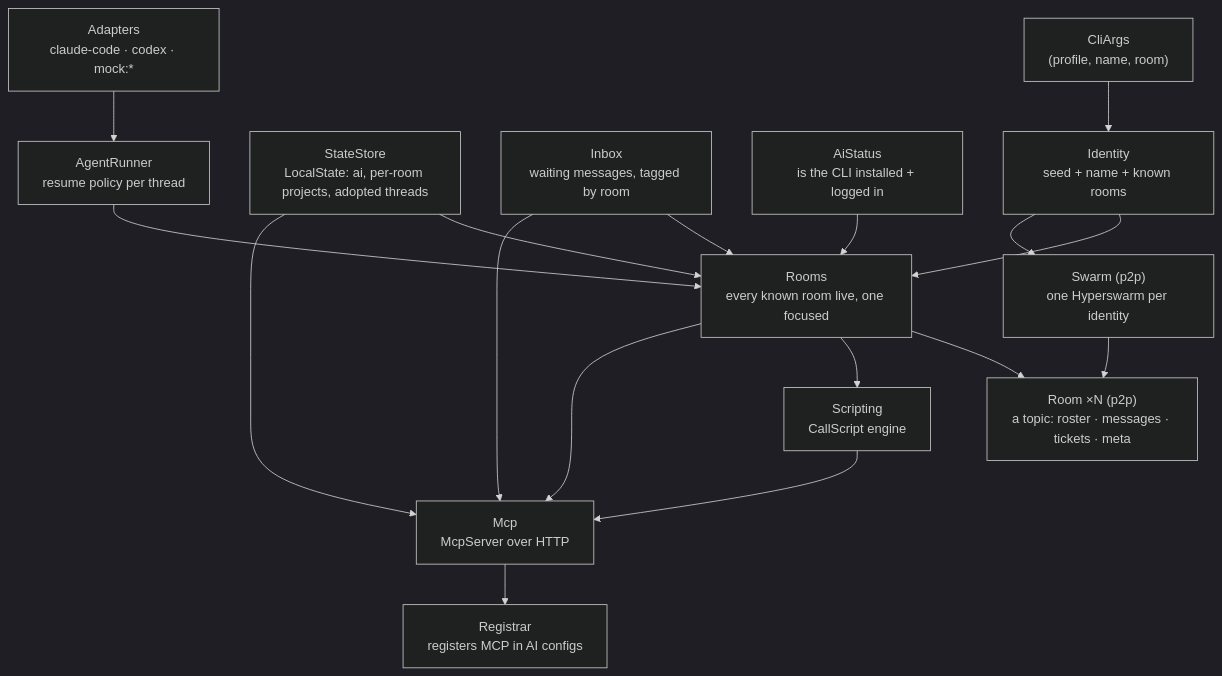
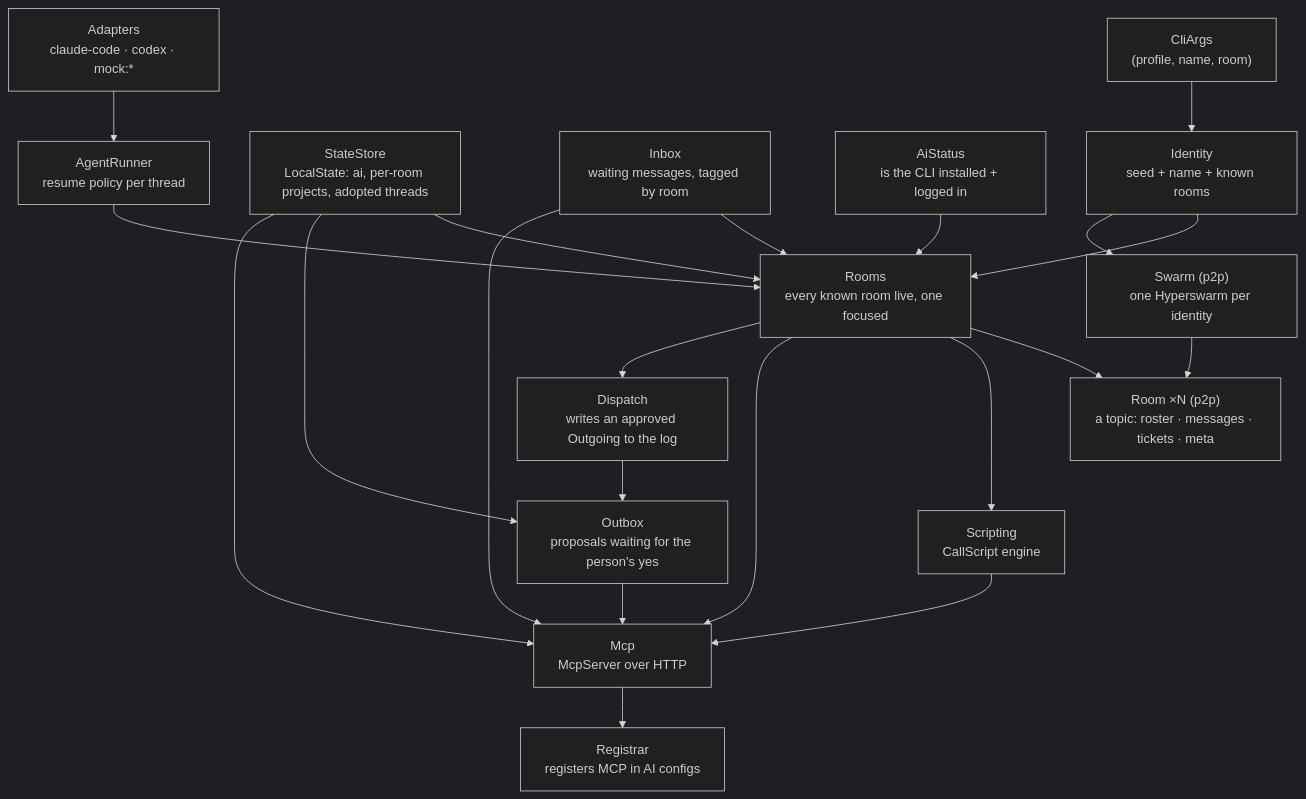
Before and after one commit to JuicyBenjamin/collagen: the diagram in apps/docs/internals/architecture.md, drawn with Mermaid (dark theme). The commit also changed other lines of this file and 6 other files, not shown here.

````diff
--- a/apps/docs/internals/architecture.md
+++ b/apps/docs/internals/architecture.md
@@ -15,30 +15,34 @@
 ```mermaid
 flowchart TD
   CliArgs["CliArgs\n(profile, name, room)"]
   Identity["Identity\nseed + name + known rooms"]
   StateStore["StateStore\nLocalState: ai, per-room projects, adopted threads"]
   Inbox["Inbox\nwaiting messages, tagged by room"]
+  Outbox["Outbox\nproposals waiting for the person's yes"]
+  Dispatch["Dispatch\nwrites an approved Outgoing to the log"]
   Adapters["Adapters\nclaude-code · codex · mock:*"]
   AiStatus["AiStatus\nis the CLI installed + logged in"]
   AgentRunner["AgentRunner\nresume policy per thread"]
   Rooms["Rooms\nevery known room live, one focused"]
   Swarm["Swarm (p2p)\none Hyperswarm per identity"]
   Room["Room ×N (p2p)\na topic: roster · messages · tickets · meta"]
   Scripting["Scripting\nCallScript engine"]
   Mcp["Mcp\nMcpServer over HTTP"]
   Registrar["Registrar\nregisters MCP in AI configs"]
 
   CliArgs --> Identity --> Rooms
   StateStore --> Rooms
   Inbox --> Rooms
   Adapters --> AgentRunner
   AiStatus --> Rooms
   AgentRunner --> Rooms
   Identity --> Swarm --> Room
   Rooms --> Room
   Rooms --> Scripting --> Mcp
   Rooms --> Mcp
   Inbox --> Mcp
+  Rooms --> Dispatch --> Outbox --> Mcp
+  StateStore --> Outbox
   StateStore --> Mcp
   Mcp --> Registrar
 ```
````
